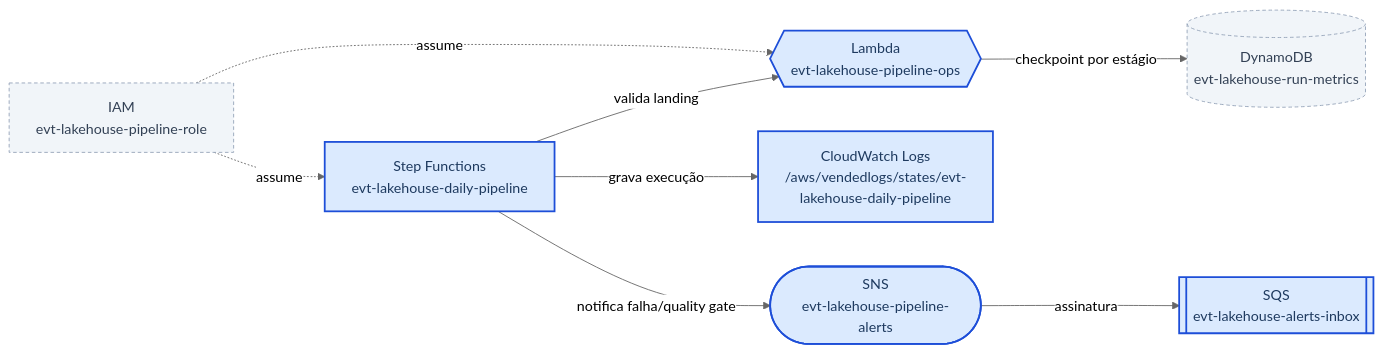
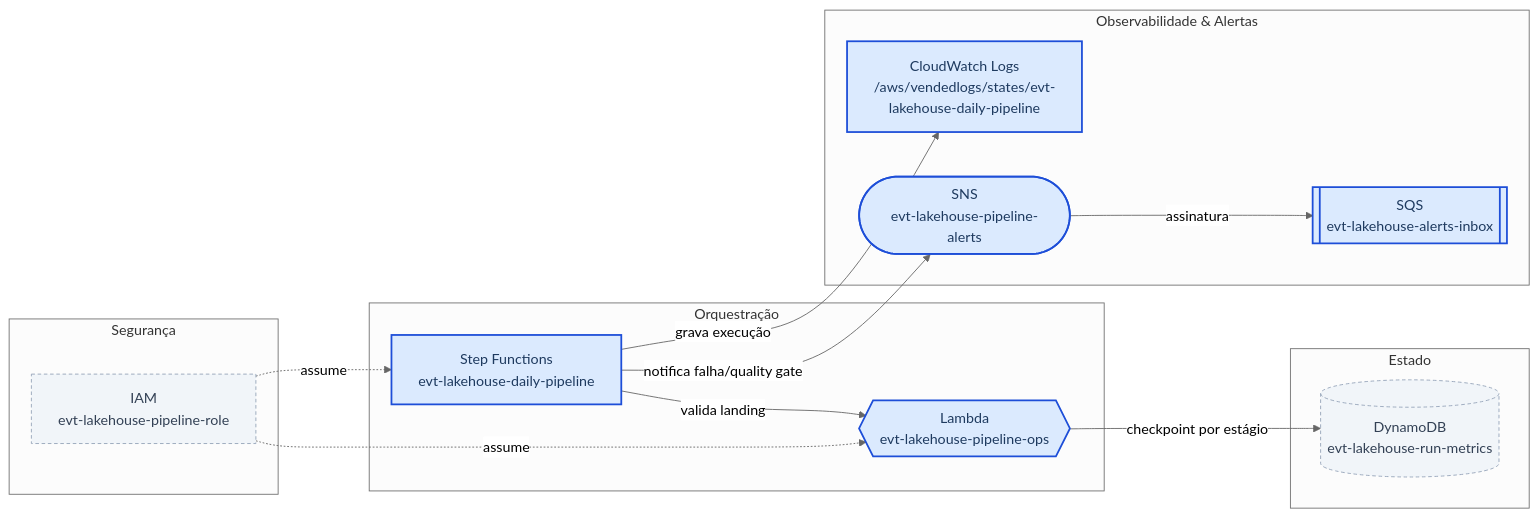
One commit to carlosr-data2/lakehouse-de-eventos-de-pagamento-com-contrato-de-dados changed the third of 8 diagrams in README.md. Above: the diagram before and after it, drawn with Mermaid (neutral theme). The commit also changed other lines of this file, not shown here.

````diff
--- a/README.md
+++ b/README.md
@@ -594,21 +603,33 @@
 ```mermaid
 flowchart LR
-    metrics[("DynamoDB<br/>evt-lakehouse-run-metrics")]
-    role["IAM<br/>evt-lakehouse-pipeline-role"]
-    ops{{"Lambda<br/>evt-lakehouse-pipeline-ops"}}
-    sfn["Step Functions<br/>evt-lakehouse-daily-pipeline"]
-    logs["CloudWatch Logs<br/>/aws/vendedlogs/states/evt-lakehouse-daily-pipeline"]
-    sns(["SNS<br/>evt-lakehouse-pipeline-alerts"])
-    sqs[["SQS<br/>evt-lakehouse-alerts-inbox"]]
+    subgraph orquestracao["Orquestração"]
+        ops{{"Lambda<br/>evt-lakehouse-pipeline-ops"}}
+        sfn["Step Functions<br/>evt-lakehouse-daily-pipeline"]
+    end
+
+    subgraph alertas["Observabilidade & Alertas"]
+        logs["CloudWatch Logs<br/>/aws/vendedlogs/states/evt-lakehouse-daily-pipeline"]
+        sns(["SNS<br/>evt-lakehouse-pipeline-alerts"])
+        sqs[["SQS<br/>evt-lakehouse-alerts-inbox"]]
+    end
+
+    subgraph estado["Estado"]
+        metrics[("DynamoDB<br/>evt-lakehouse-run-metrics")]
+    end
+
+    subgraph seguranca["Segurança"]
+        role["IAM<br/>evt-lakehouse-pipeline-role"]
+    end
+
     role -.->|assume| ops
     role -.->|assume| sfn
     sfn -->|valida landing| ops
     ops -->|checkpoint por estágio| metrics
     sfn -->|grava execução| logs
     sfn -->|notifica falha/quality gate| sns
     sns -->|assinatura| sqs
     classDef novo fill:#dbeafe,stroke:#1d4ed8,stroke-width:2px,color:#1e3a5f
     classDef existente fill:#f1f5f9,stroke:#94a3b8,stroke-width:1px,stroke-dasharray:4 3,color:#334155
     class ops,sfn,logs,sns,sqs novo
     class metrics,role existente
 ```
````
